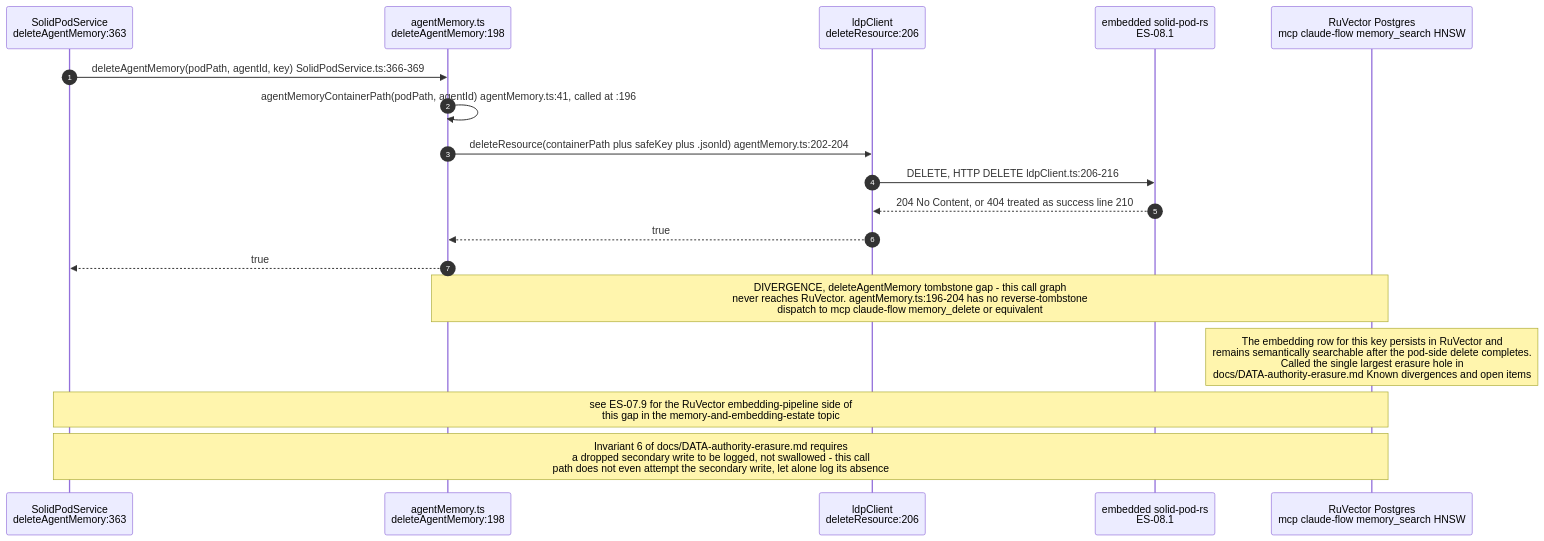
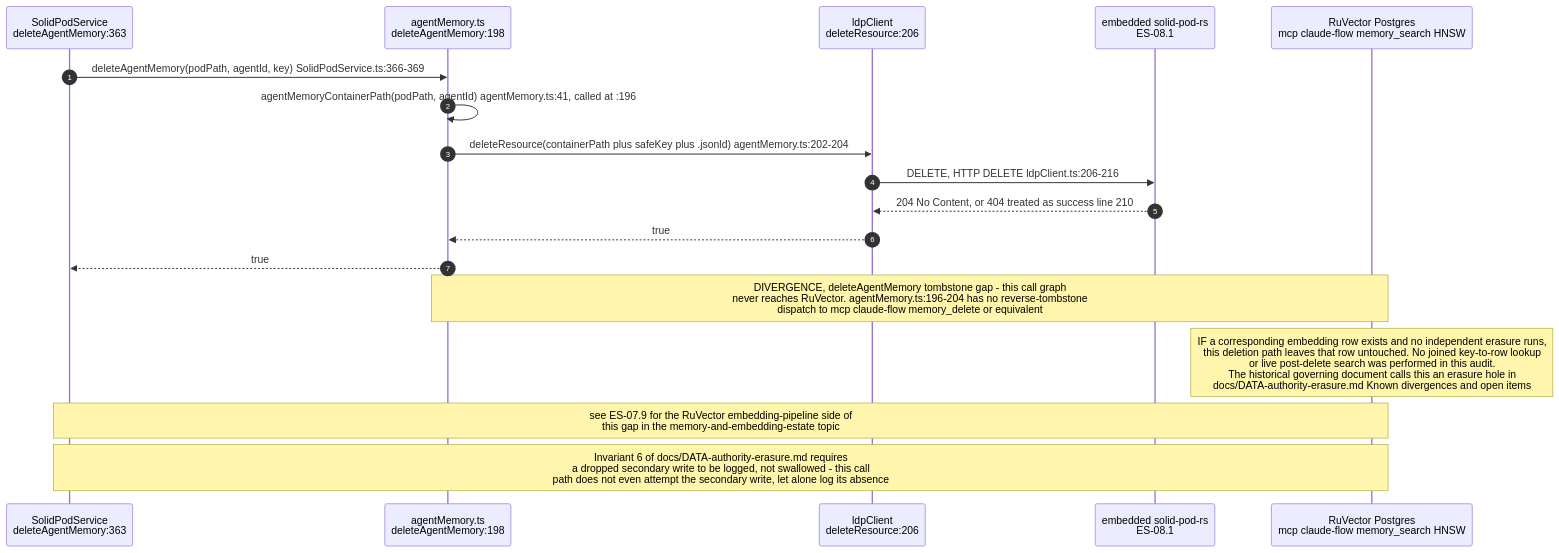
Before and after one commit to DreamLab-AI/VisionFlow: the ninth of 11 diagrams in docs/diagrams/estate/08-solid-pod-estate.md, drawn with Mermaid. The commit also changed other lines of this file and 185 other files, not shown here.

Commit message:
docs(estate): reconcile diagrams and ADRs with source and define closeout sprint

````diff
--- a/docs/diagrams/estate/08-solid-pod-estate.md
+++ b/docs/diagrams/estate/08-solid-pod-estate.md
@@ -404,22 +403,22 @@
 ```mermaid
 sequenceDiagram
     autonumber
     participant UI as SolidPodService<br/>deleteAgentMemory:363
     participant AM as agentMemory.ts<br/>deleteAgentMemory:198
     participant LDP as ldpClient<br/>deleteResource:206
     participant SRV as embedded solid-pod-rs<br/>ES-08.1
     participant RV as RuVector Postgres<br/>mcp claude-flow memory_search HNSW
 
     UI->>AM: deleteAgentMemory(podPath, agentId, key) SolidPodService.ts:366-369
     AM->>AM: agentMemoryContainerPath(podPath, agentId) agentMemory.ts:41, called at :196
     AM->>LDP: deleteResource(containerPath plus safeKey plus .jsonld) agentMemory.ts:202-204
     LDP->>SRV: DELETE, HTTP DELETE ldpClient.ts:206-216
     SRV-->>LDP: 204 No Content, or 404 treated as success line 210
     LDP-->>AM: true
     AM-->>UI: true
 
     Note over AM,RV: DIVERGENCE, deleteAgentMemory tombstone gap - this call graph<br/>never reaches RuVector. agentMemory.ts:196-204 has no reverse-tombstone<br/>dispatch to mcp claude-flow memory_delete or equivalent
-    Note over RV: The embedding row for this key persists in RuVector and<br/>remains semantically searchable after the pod-side delete completes.<br/>Called the single largest erasure hole in<br/>docs/DATA-authority-erasure.md Known divergences and open items
+    Note over RV: IF a corresponding embedding row exists and no independent erasure runs,<br/>this deletion path leaves that row untouched. No joined key-to-row lookup<br/>or live post-delete search was performed in this audit.<br/>The historical governing document calls this an erasure hole in<br/>docs/DATA-authority-erasure.md Known divergences and open items
     Note over UI,RV: see ES-07.9 for the RuVector embedding-pipeline side of<br/>this gap in the memory-and-embedding-estate topic
     Note over UI,RV: Invariant 6 of docs/DATA-authority-erasure.md requires<br/>a dropped secondary write to be logged, not swallowed - this call<br/>path does not even attempt the secondary write, let alone log its absence
 ```
````
